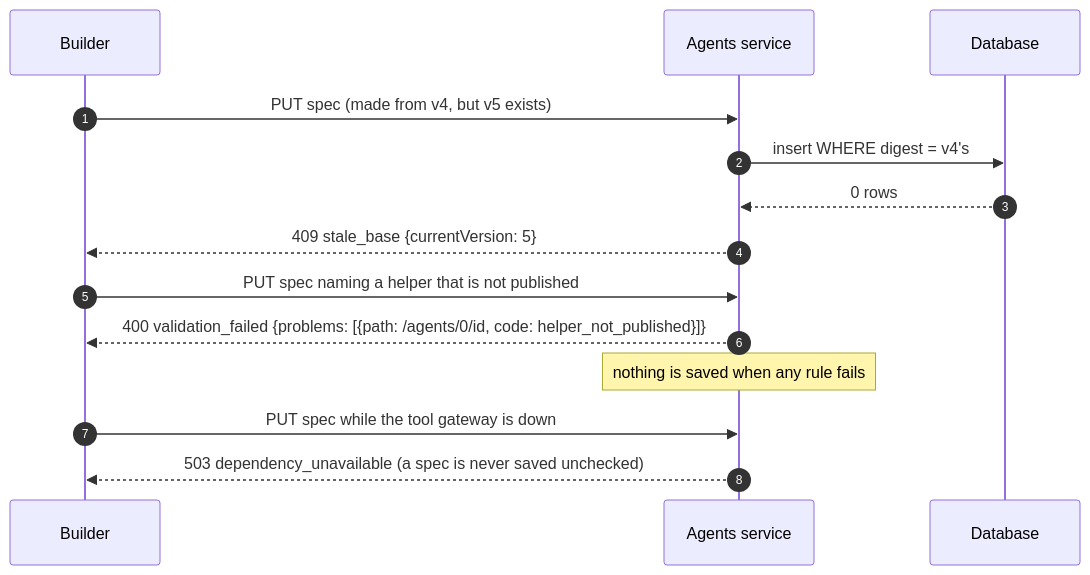
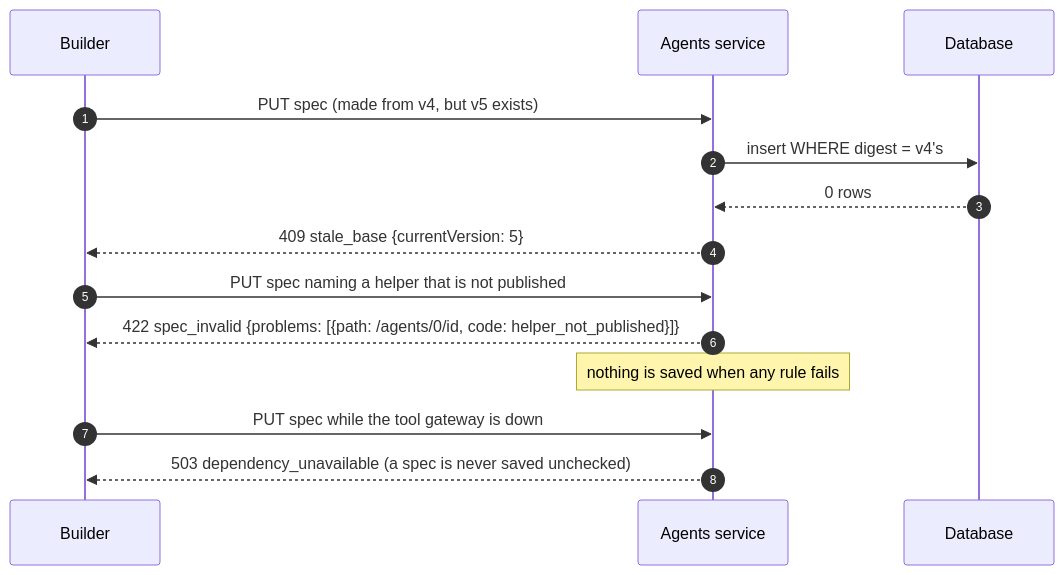
The second of 2 diagrams in docs/design/agents-v2/agent-spec-file.md (chanl-ai/ops-ai), drawn with Mermaid before and after one commit. The commit also changed other lines of this file and 20 other files, not shown here.

````diff
--- a/docs/design/agents-v2/agent-spec-file.md
+++ b/docs/design/agents-v2/agent-spec-file.md
@@ -191,16 +192,16 @@
 ```mermaid
 sequenceDiagram
     autonumber
     participant B as Builder
     participant A as Agents service
     participant D as Database
     B->>A: PUT spec (made from v4, but v5 exists)
     A->>D: insert WHERE digest = v4's
     D-->>A: 0 rows
     A-->>B: 409 stale_base {currentVersion: 5}
     B->>A: PUT spec naming a helper that is not published
-    A-->>B: 400 validation_failed {problems: [{path: /agents/0/id, code: helper_not_published}]}
+    A-->>B: 422 spec_invalid {problems: [{path: /agents/0/id, code: helper_not_published}]}
     Note over A: nothing is saved when any rule fails
     B->>A: PUT spec while the tool gateway is down
     A-->>B: 503 dependency_unavailable (a spec is never saved unchecked)
 ```
````
